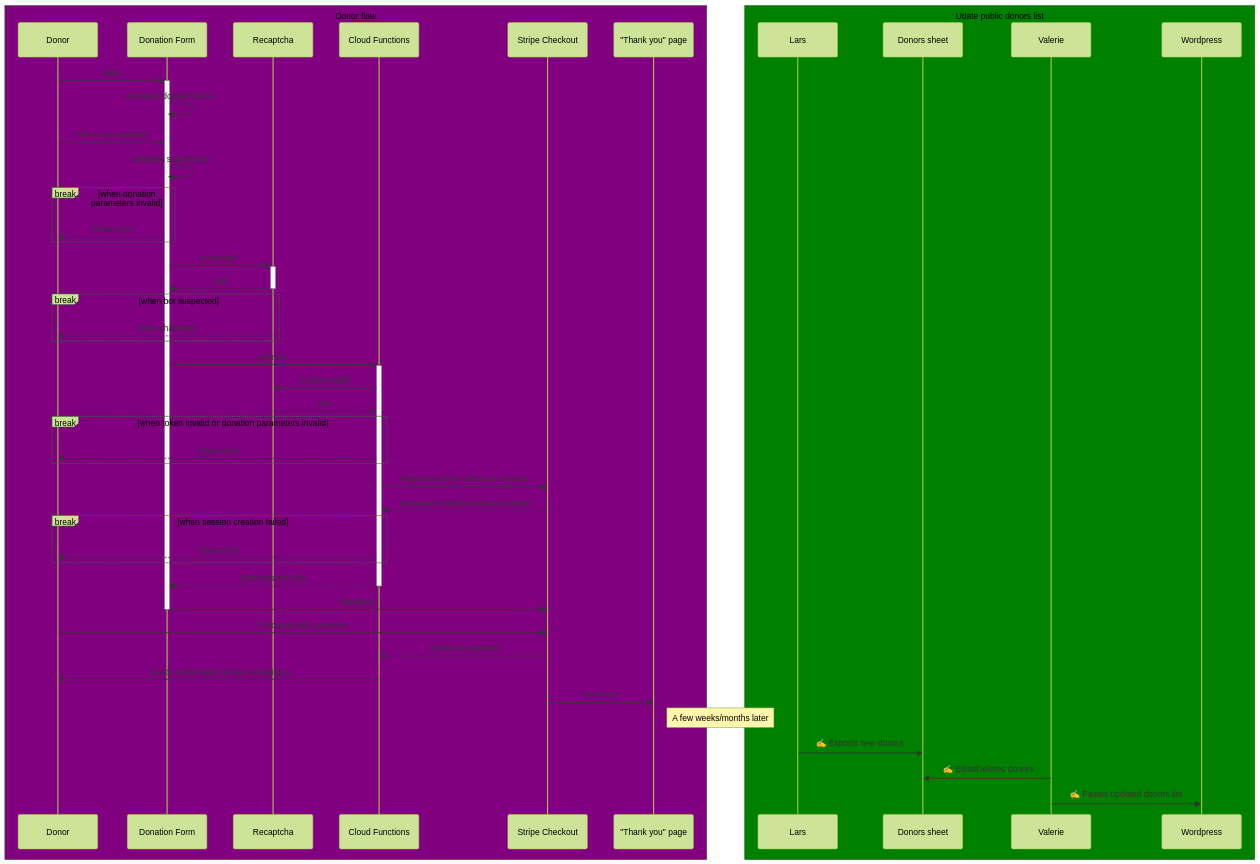
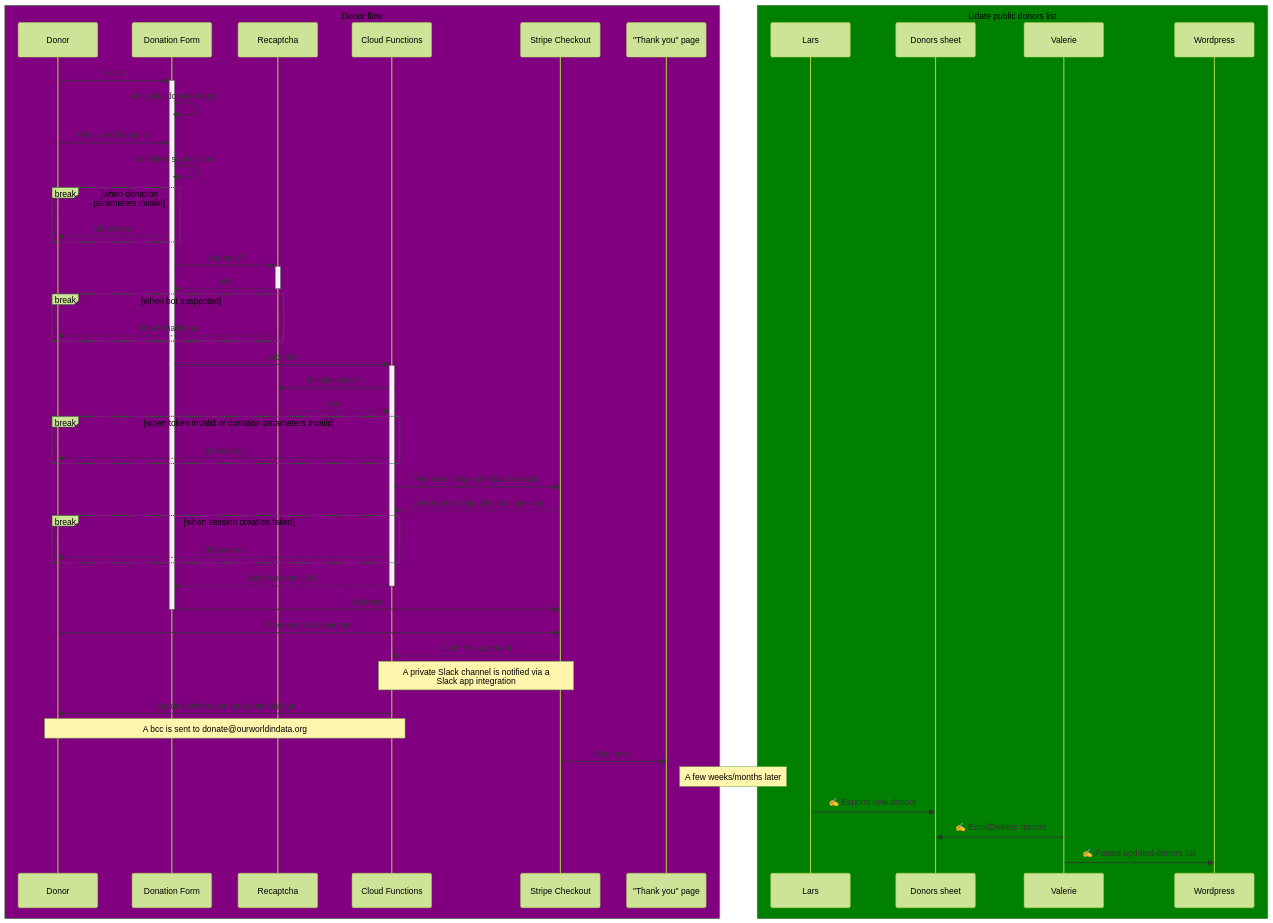
One commit to owid/owid-grapher changed the diagram in functions/README.md. Above: the diagram before and after it, drawn with Mermaid (forest theme).

Commit message:
📝 (donate) update diagram

````diff
--- a/functions/README.md
+++ b/functions/README.md
@@ -23,50 +23,52 @@
 ```mermaid
 sequenceDiagram
     box Purple Donor flow
     participant Donor
     participant Donation Form
     participant Recaptcha
     participant Cloud Functions
     participant Stripe Checkout
     participant "Thank you" page
     end
     box Green Udate public donors list
     participant Lars
     participant Donors sheet
     participant Valerie
     participant Wordpress
     end
     Donor ->>+ Donation Form: Visits
     Donation Form ->> Donation Form: Activates donate button
     Donor ->> Donation Form: Fills in and submits
     Donation Form ->> Donation Form: Validates submission
     break when donation parameters invalid
     Donation Form -->> Donor: Show error
     end
     Donation Form ->>+ Recaptcha: is human?
     Recaptcha -->>- Donation Form: yes
     break when bot suspected
     Recaptcha -->> Donor: show challenge
     end
     Donation Form ->>+ Cloud Functions: submits
     Cloud Functions ->> Recaptcha: is token valid?
     Recaptcha -->> Cloud Functions: yes
     break when token invalid or donation parameters invalid
     Cloud Functions -->> Donor: Show error
     end
     Cloud Functions ->> Stripe Checkout: Requests Stripe checkout session
     Stripe Checkout -->> Cloud Functions: Generates Stripe checkout session
     break when session creation failed
     Cloud Functions -->> Donor: Show error
     end
     Cloud Functions -->>- Donation Form: Send session URL
     Donation Form ->>- Stripe Checkout: Redirects
     Donor ->> Stripe Checkout: Proceeds with payment
     Stripe Checkout -->> Cloud Functions: Confirms payment
+    Note over Cloud Functions, Stripe Checkout: A private Slack channel is notified via a <br>Slack app integration
     Cloud Functions ->> Donor: Sends confirmation email via Mailgun
+    Note over Donor, Cloud Functions: A bcc is sent to donate@ourworldindata.org
     Stripe Checkout ->> "Thank you" page: Redirects
     Note right of "Thank you" page: A few weeks/months later
     Lars ->> Donors sheet: ✍️ Exports new donors
     Valerie ->> Donors sheet: ✍️  Edits/Deletes donors
     Valerie ->> Wordpress: ✍️  Pastes updated donors list
 ```
````
